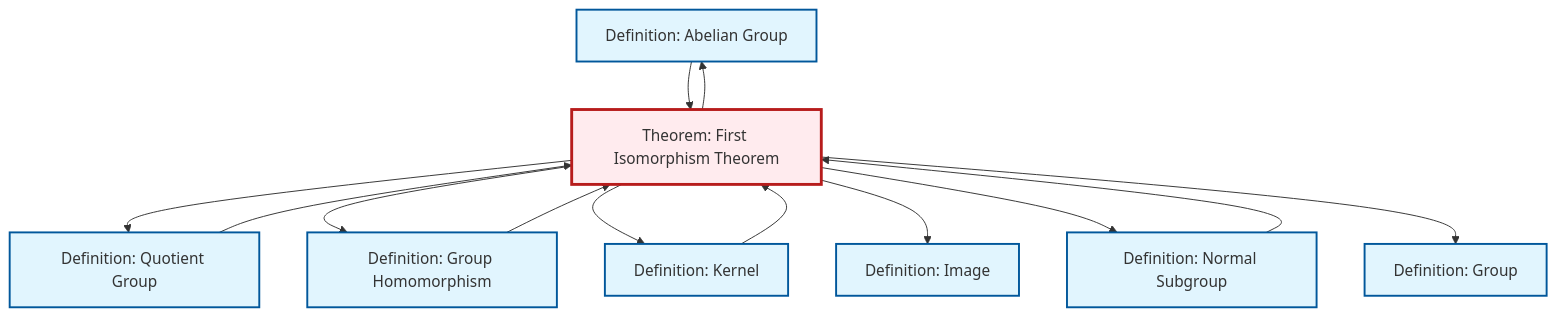
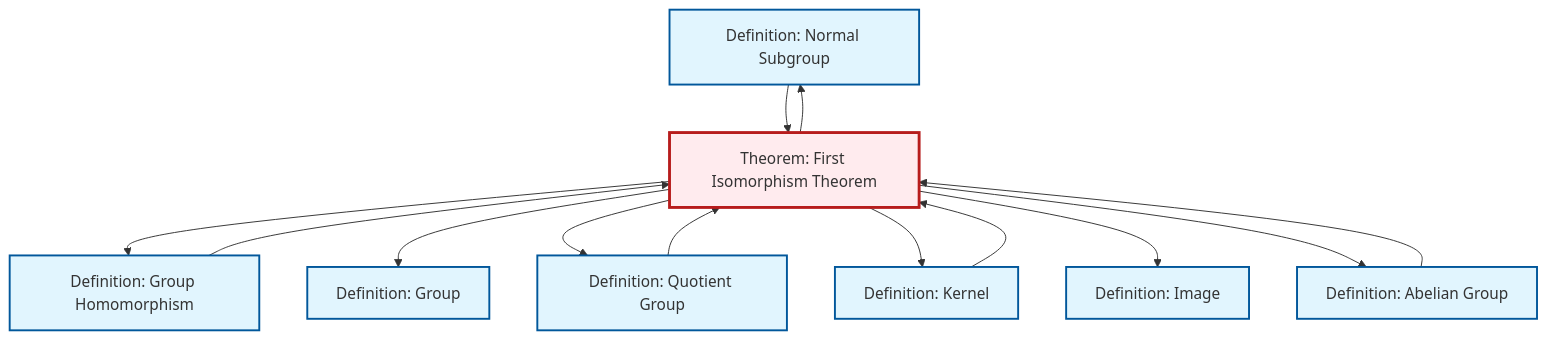
One commit to RK0429/ModernMath changed the diagram in content/ja/algebra/thm-first-isomorphism.qmd. Above: the diagram before and after it, drawn with Mermaid. The commit also changed other lines of this file and 360 other files, not shown here.

````diff
--- a/content/ja/algebra/thm-first-isomorphism.qmd
+++ b/content/ja/algebra/thm-first-isomorphism.qmd
@@ -101,37 +101,37 @@
 ```{mermaid}
 %%| fig-cap: "Local dependency graph"
 graph TD
     classDef definition fill:#e1f5fe,stroke:#01579b,stroke-width:2px
     classDef theorem fill:#f3e5f5,stroke:#4a148c,stroke-width:2px
     classDef axiom fill:#fff3e0,stroke:#e65100,stroke-width:2px
     classDef example fill:#e8f5e9,stroke:#1b5e20,stroke-width:2px
     classDef current fill:#ffebee,stroke:#b71c1c,stroke-width:3px
+    def-normal-subgroup["Definition: Normal Subgroup"]:::definition
+    def-quotient-group["Definition: Quotient Group"]:::definition
     def-abelian-group["Definition: Abelian Group"]:::definition
+    def-homomorphism["Definition: Group Homomorphism"]:::definition
+    thm-first-isomorphism["Theorem: First Isomorphism Theorem"]:::theorem
     def-kernel["Definition: Kernel"]:::definition
-    thm-first-isomorphism["Theorem: First Isomorphism Theorem"]:::theorem
-    def-normal-subgroup["Definition: Normal Subgroup"]:::definition
+    def-image["Definition: Image"]:::definition
     def-group["Definition: Group"]:::definition
-    def-homomorphism["Definition: Group Homomorphism"]:::definition
-    def-image["Definition: Image"]:::definition
-    def-quotient-group["Definition: Quotient Group"]:::definition
+    thm-first-isomorphism --> def-homomorphism
+    thm-first-isomorphism --> def-group
+    def-homomorphism --> thm-first-isomorphism
+    def-quotient-group --> thm-first-isomorphism
+    def-normal-subgroup --> thm-first-isomorphism
+    def-abelian-group --> thm-first-isomorphism
     thm-first-isomorphism --> def-quotient-group
-    thm-first-isomorphism --> def-homomorphism
-    def-homomorphism --> thm-first-isomorphism
+    def-kernel --> thm-first-isomorphism
     thm-first-isomorphism --> def-kernel
+    thm-first-isomorphism --> def-normal-subgroup
     thm-first-isomorphism --> def-image
-    thm-first-isomorphism --> def-normal-subgroup
-    def-normal-subgroup --> thm-first-isomorphism
-    def-quotient-group --> thm-first-isomorphism
-    thm-first-isomorphism --> def-group
-    def-kernel --> thm-first-isomorphism
     thm-first-isomorphism --> def-abelian-group
-    def-abelian-group --> thm-first-isomorphism
     class thm-first-isomorphism current
+    click def-normal-subgroup "def-normal-subgroup.html" "Definition: Normal Subgroupへ"
+    click def-quotient-group "def-quotient-group.html" "Definition: Quotient Groupへ"
     click def-abelian-group "def-abelian-group.html" "Definition: Abelian Groupへ"
+    click def-homomorphism "def-homomorphism.html" "Definition: Group Homomorphismへ"
     click def-kernel "def-kernel.html" "Definition: Kernelへ"
-    click def-normal-subgroup "def-normal-subgroup.html" "Definition: Normal Subgroupへ"
+    click def-image "def-image.html" "Definition: Imageへ"
     click def-group "def-group.html" "Definition: Groupへ"
-    click def-homomorphism "def-homomorphism.html" "Definition: Group Homomorphismへ"
-    click def-image "def-image.html" "Definition: Imageへ"
-    click def-quotient-group "def-quotient-group.html" "Definition: Quotient Groupへ"
 ```
````
